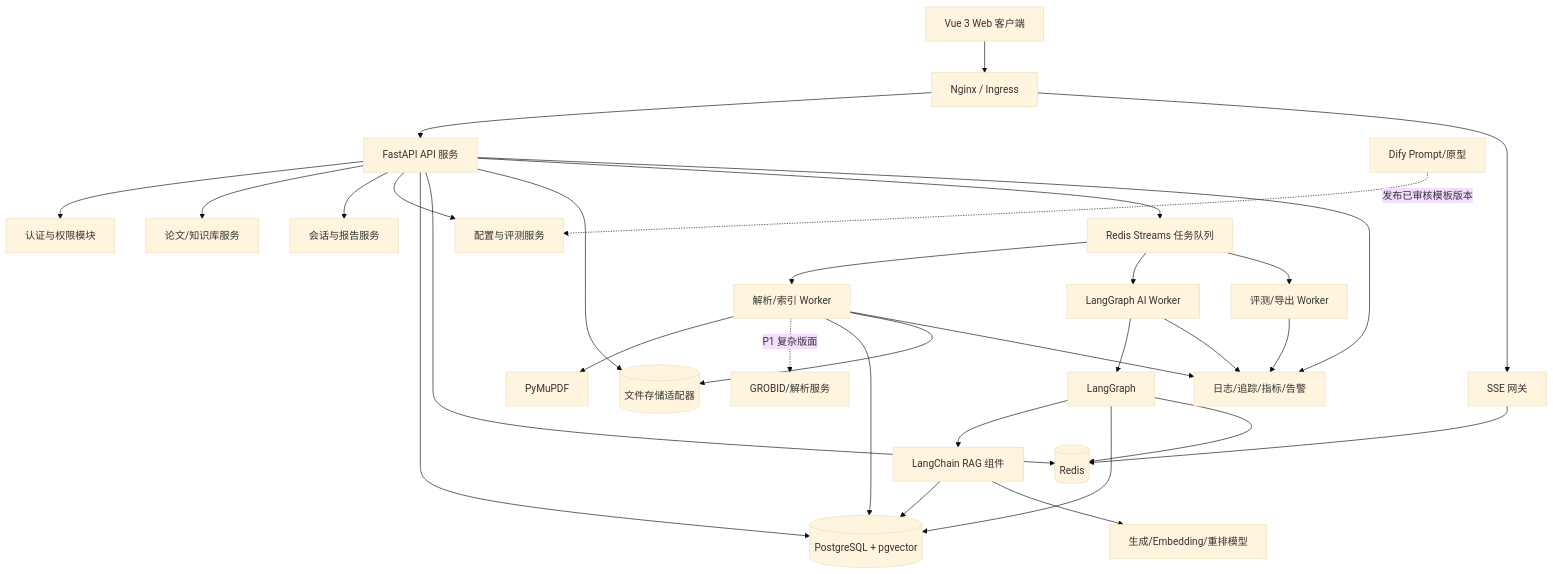
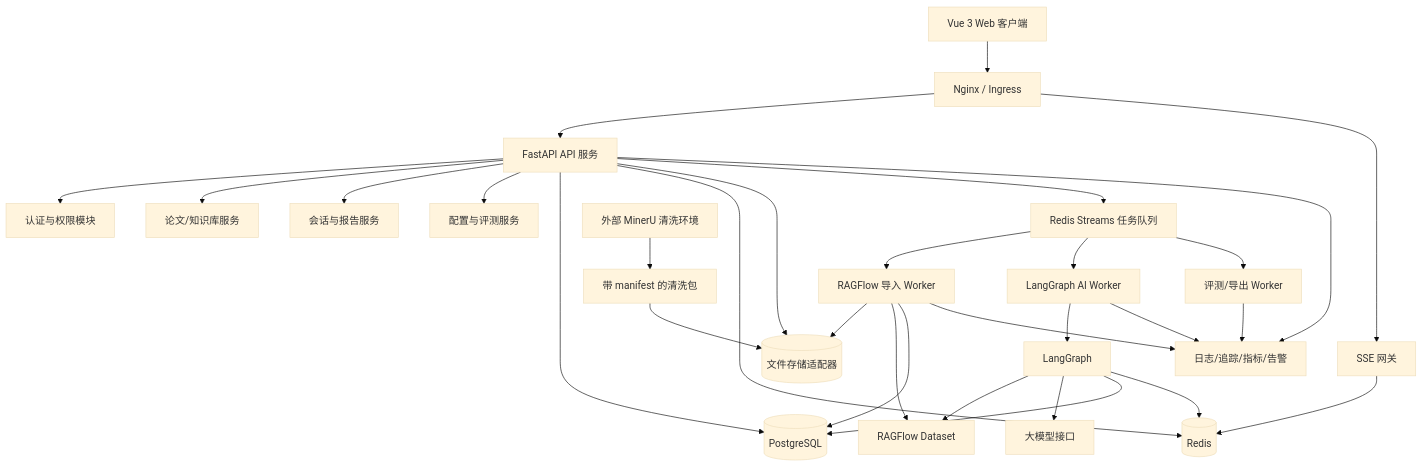
One commit to szy2334/ragflow-course-project changed the second of 11 diagrams in 科研论文智能阅读系统_完整项目设计文档.md. Above: the diagram before and after it, drawn with Mermaid (base theme). The commit also changed other lines of this file, not shown here.

Commit message:
docs: adopt MinerU and RAGFlow pipeline

```diff
--- a/科研论文智能阅读系统_完整项目设计文档.md
+++ b/科研论文智能阅读系统_完整项目设计文档.md
@@ -427,33 +428,32 @@
 ~~~mermaid
 flowchart TB
     U["Vue 3 Web 客户端"] --> N["Nginx / Ingress"]
     N --> API["FastAPI API 服务"]
     N --> SSE["SSE 网关"]
     API --> AUTH["认证与权限模块"]
     API --> PAPER["论文/知识库服务"]
     API --> CHAT["会话与报告服务"]
     API --> ADMIN["配置与评测服务"]
-    API --> PG[("PostgreSQL + pgvector")]
+    API --> PG[("PostgreSQL")]
     API --> REDIS[("Redis")]
     API --> STORE[("文件存储适配器")]
     API --> QUEUE["Redis Streams 任务队列"]
-    QUEUE --> PARSER["解析/索引 Worker"]
+    QUEUE --> IWORKER["RAGFlow 导入 Worker"]
     QUEUE --> AWORKER["LangGraph AI Worker"]
     QUEUE --> EWORKER["评测/导出 Worker"]
-    PARSER --> PYMUPDF["PyMuPDF"]
-    PARSER -. "P1 复杂版面" .-> GROBID["GROBID/解析服务"]
-    PARSER --> PG
-    PARSER --> STORE
+    MINERU["外部 MinerU 清洗环境"] --> PACKAGE["带 manifest 的清洗包"]
+    PACKAGE --> STORE
+    IWORKER --> STORE
+    IWORKER --> RAGFLOW["RAGFlow Dataset"]
+    IWORKER --> PG
     AWORKER --> GRAPH["LangGraph"]
-    GRAPH --> LC["LangChain RAG 组件"]
-    LC --> PG
-    LC --> MODELS["生成/Embedding/重排模型"]
+    GRAPH --> RAGFLOW
+    GRAPH --> MODELS["大模型接口"]
     GRAPH --> PG
     GRAPH --> REDIS
-    DIFY["Dify Prompt/原型"] -. "发布已审核模板版本" .-> ADMIN
     SSE --> REDIS
     API --> OBS["日志/追踪/指标/告警"]
-    PARSER --> OBS
+    IWORKER --> OBS
     AWORKER --> OBS
     EWORKER --> OBS
 ~~~
```
